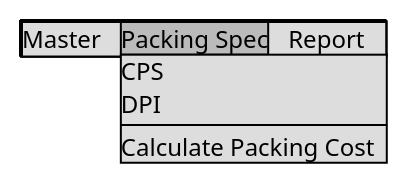
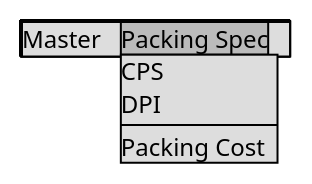
One commit to ari-fikri/packing-cost-mockup changed the diagram in menu/menu - packing spec.puml. Above: the diagram before and after it, drawn with PlantUML. The commit also changed 1 other file, not shown here.

```diff
--- a/menu/menu - packing spec.puml
+++ b/menu/menu - packing spec.puml
@@ -1,7 +1,7 @@
 @startsalt
 {+
-  {* Master | Packing Spec  | Report
-    Packing Spec |  CPS  | DPI | - | Calculate Packing Cost  |
+  {* Master | Packing Spec
+    Packing Spec |  CPS  | DPI | - | Packing Cost  |
   }
 }
 @endsalt
```
